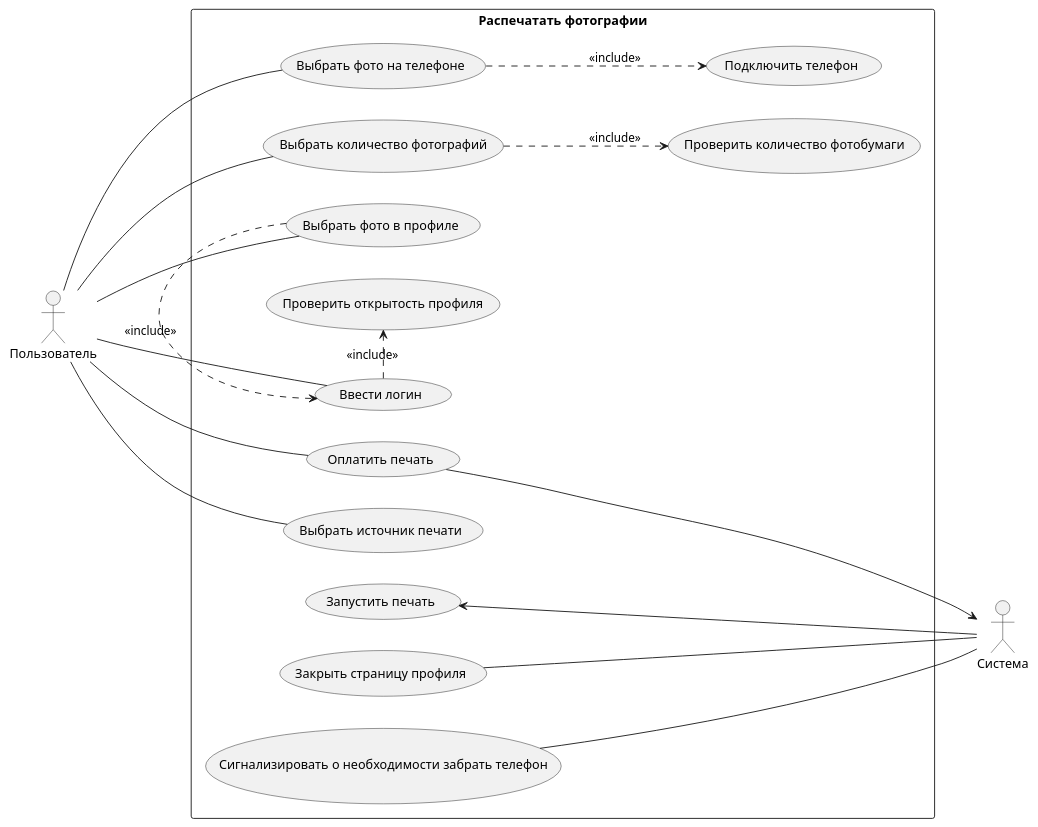
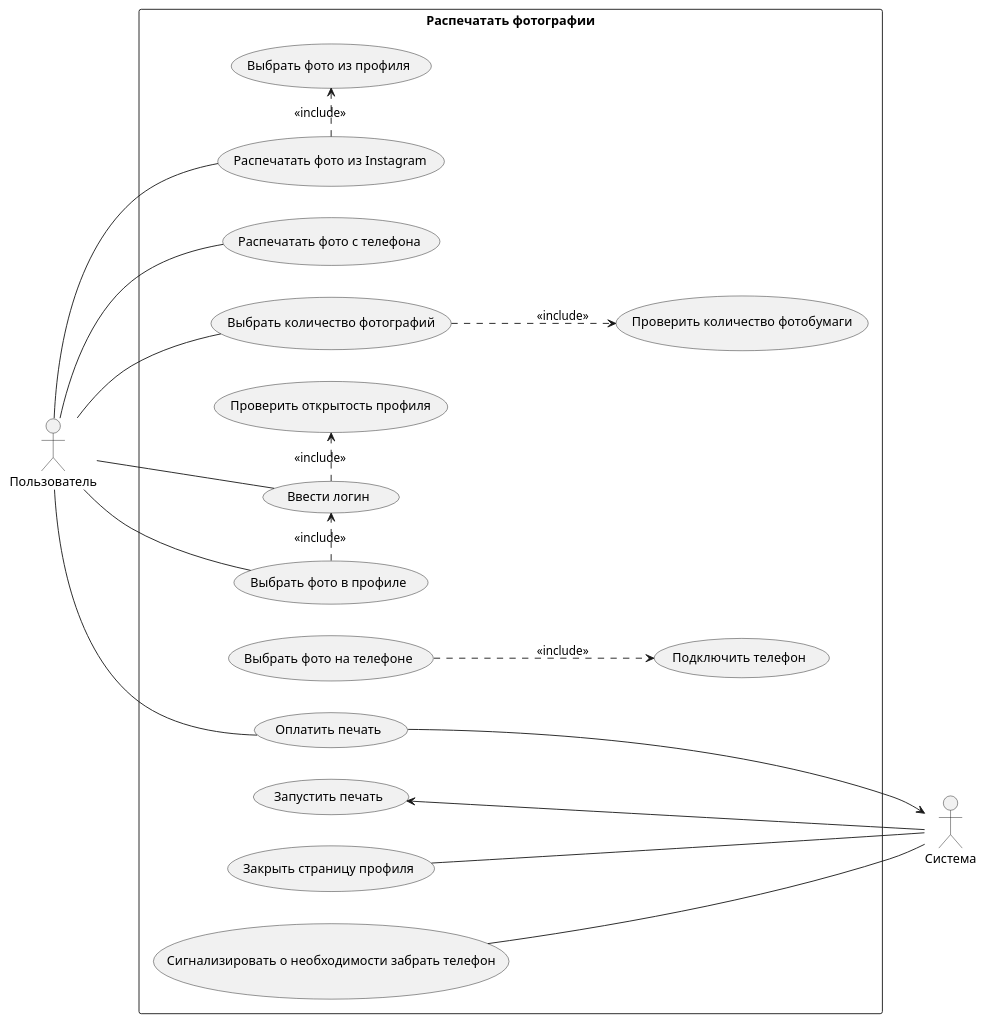
One commit to PopkovAYu/Notes changed the diagram in Notes/Системная аналитика/Курсы от нетологии/Раздел 3. Анализ требований/Итоговая работа по модулю.md. Above: the diagram before and after it, drawn with PlantUML. The commit also changed other lines of this file, not shown here.

Commit message:
vault backup: 2024-04-29 22:34:53
Affected files:
Notes/Системная аналитика/Курсы от нетологии/Раздел 3. Анализ требований/Итоговая работа по модулю.md

````diff
--- a/Notes/Системная аналитика/Курсы от нетологии/Раздел 3. Анализ требований/Итоговая работа по модулю.md
+++ b/Notes/Системная аналитика/Курсы от нетологии/Раздел 3. Анализ требований/Итоговая работа по модулю.md
@@ -78,26 +78,27 @@
 ```plantuml
 @startuml
 actor Пользователь as user
 actor Система as sys
 
 rectangle "Распечатать фотографии" {
 	left to right direction
-	user -- (Выбрать источник печати)
-	user - (Выбрать фото на телефоне)
+	user -- (Распечатать фото из Instagram)
+	(Распечатать фото из Instagram) .> (Выбрать фото из профиля) : <<include>>
+	user - (Распечатать фото с телефона)
 	(Выбрать фото на телефоне) ..> (Подключить телефон) : <<include>>
 	user - (Выбрать количество фотографий)
 	(Выбрать количество фотографий) ..> (Проверить количество фотобумаги) : <<include>>
 	user - (Выбрать фото в профиле)
 	user - (Ввести логин)
 	(Выбрать фото в профиле) .> (Ввести логин) : <<include>>
 	(Ввести логин) .> (Проверить открытость профиля) : <<include>>
 	user - (Оплатить печать)
 	(Оплатить печать) --> sys
 	(Запустить печать) <-- sys 
 	(Закрыть страницу профиля) --- sys 
 	(Сигнализировать о необходимости забрать телефон) --- sys
 	 
 	
 }
 @enduml
 ```
````
